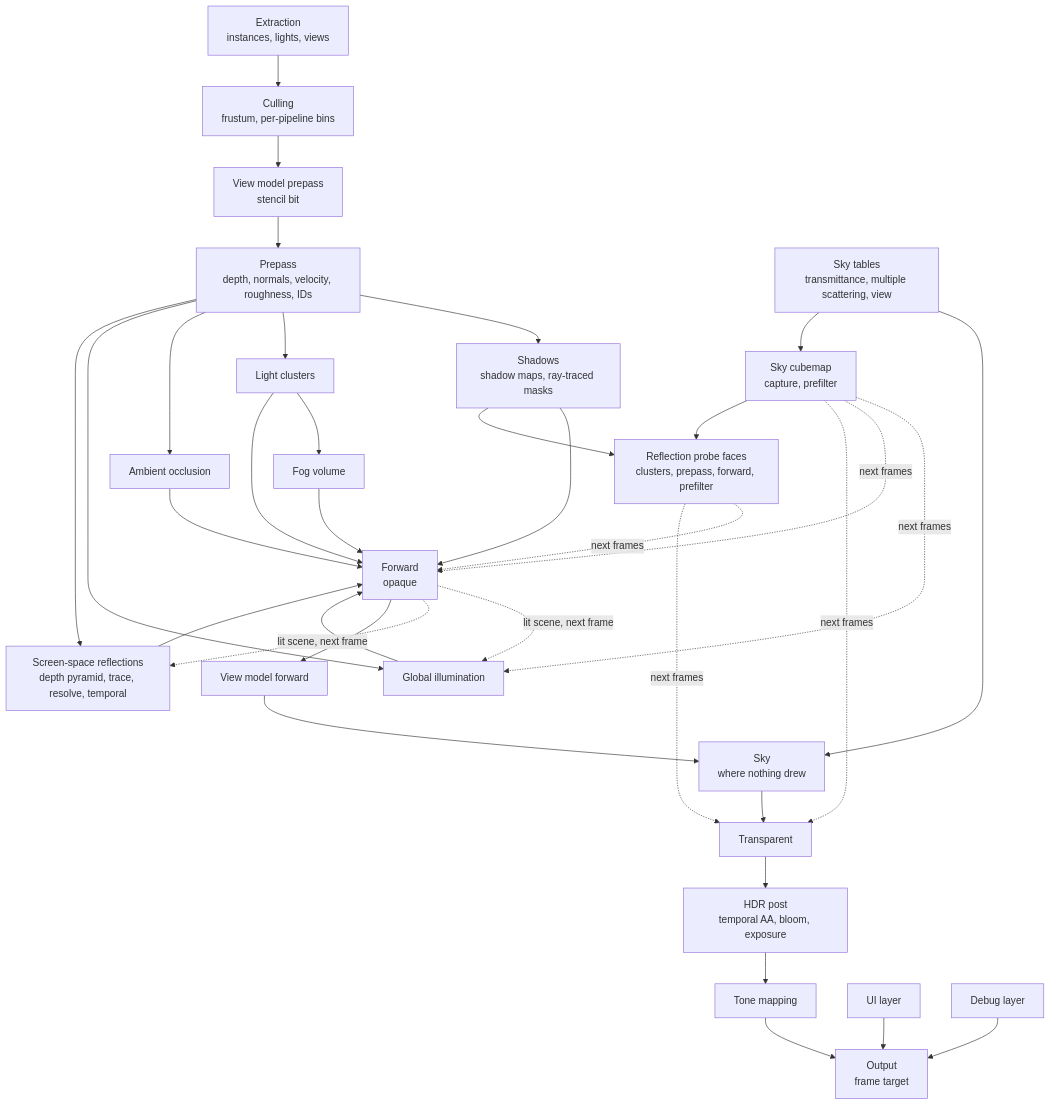
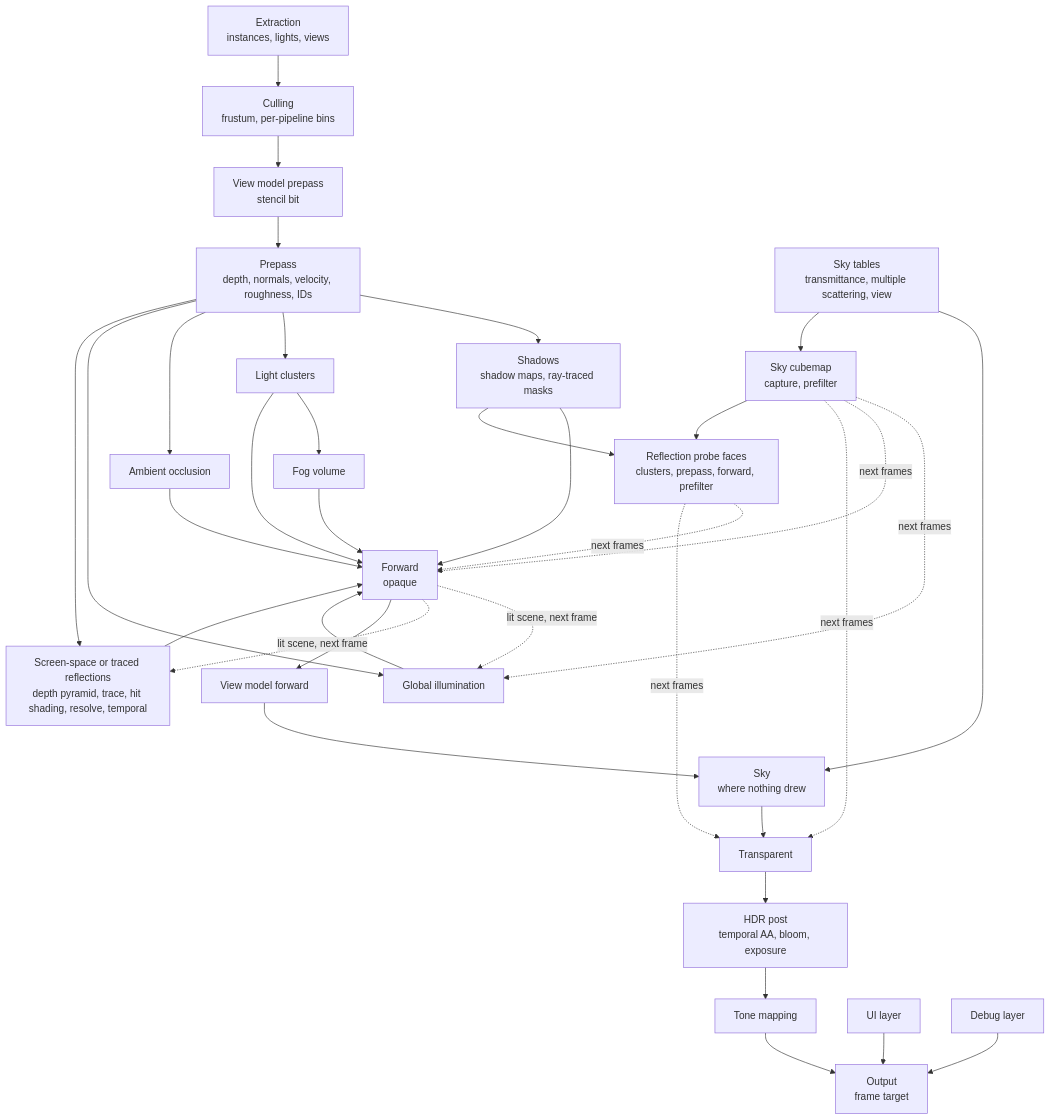
One commit to aszecsei/cinnabar changed the diagram in docs/rendering/frame.md. Above: the diagram before and after it, drawn with Mermaid. The commit also changed other lines of this file and 7 other files, not shown here.

````diff
--- a/docs/rendering/frame.md
+++ b/docs/rendering/frame.md
@@ -5,37 +5,37 @@
 ```mermaid
 flowchart TB
     EXTRACT["Extraction<br/>instances, lights, views"]
     CULL["Culling<br/>frustum, per-pipeline bins"]
     PRE["Prepass<br/>depth, normals, velocity, roughness, IDs"]
     VMPRE["View model prepass<br/>stencil bit"]
     SHADOW["Shadows<br/>shadow maps, ray-traced masks"]
     CLUSTER["Light clusters"]
     AO["Ambient occlusion"]
     GI["Global illumination"]
-    SSR["Screen-space reflections<br/>depth pyramid, trace, resolve, temporal"]
+    SSR["Screen-space or traced reflections<br/>depth pyramid, trace, hit shading, resolve, temporal"]
     FOG["Fog volume"]
     SKYLUT["Sky tables<br/>transmittance, multiple scattering, view"]
     SKYCUBE["Sky cubemap<br/>capture, prefilter"]
     PROBES["Reflection probe faces<br/>clusters, prepass, forward, prefilter"]
     SKY["Sky<br/>where nothing drew"]
     FWD["Forward<br/>opaque"]
     VMFWD["View model forward"]
     TRANS["Transparent"]
     POST["HDR post<br/>temporal AA, bloom, exposure"]
     TONE["Tone mapping"]
     UI["UI layer"]
     DEBUG["Debug layer"]
     OUT["Output<br/>frame target"]
 
     EXTRACT --> CULL --> VMPRE --> PRE
     PRE --> SHADOW & CLUSTER & AO & GI & SSR
     CLUSTER --> FOG
     SHADOW & CLUSTER & AO & GI & SSR & FOG --> FWD
     FWD -.->|"lit scene, next frame"| GI & SSR
     SKYLUT --> SKY
     SKYLUT --> SKYCUBE -.->|"next frames"| GI & FWD & TRANS
     SHADOW & SKYCUBE --> PROBES -.->|"next frames"| FWD & TRANS
     FWD --> VMFWD --> SKY --> TRANS --> POST --> TONE --> OUT
     UI --> OUT
     DEBUG --> OUT
 ```
````
